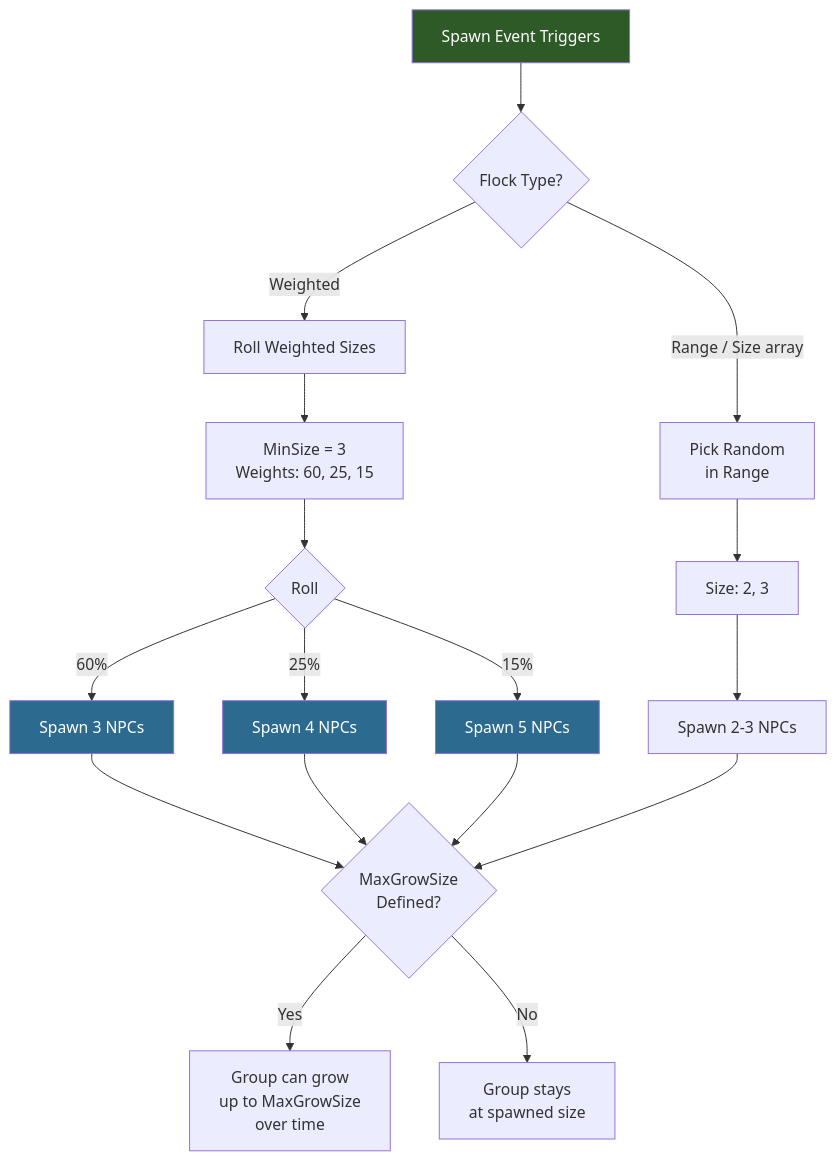
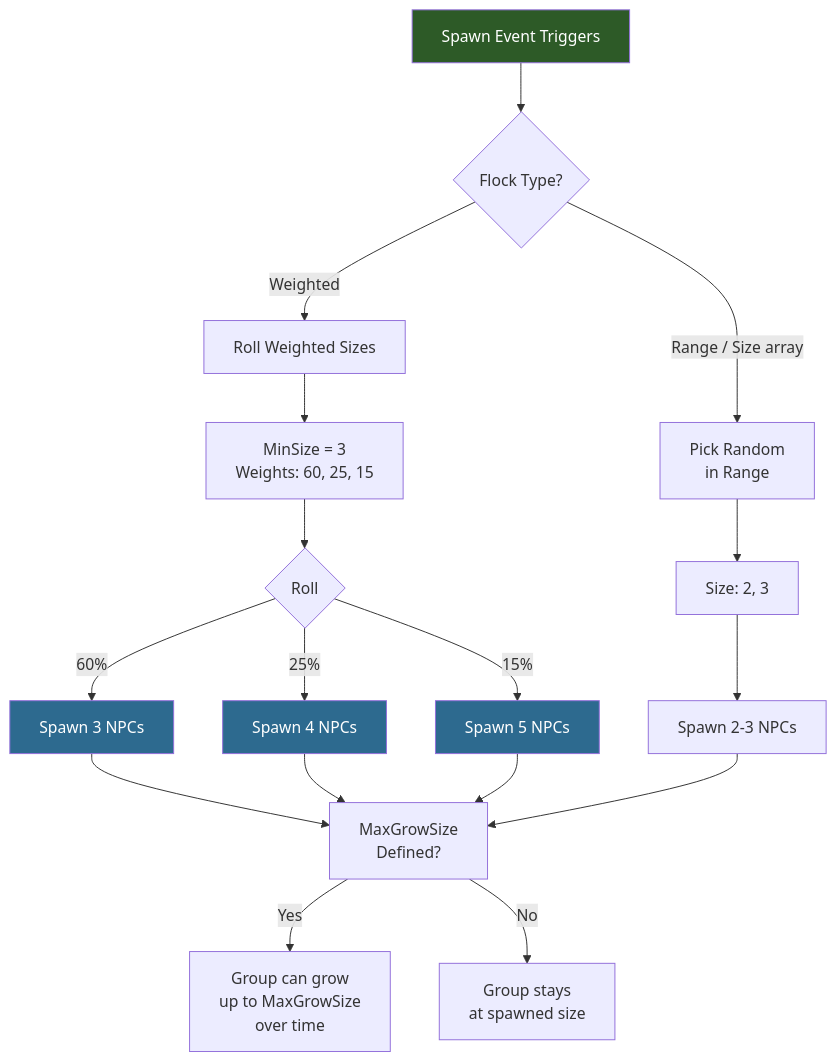
The diagram in src/content/docs/es/reference/npc-system/npc-flocks.md (nevesb/hytale-modding-docs), drawn with Mermaid before and after one commit. The commit also changed 34 other files, not shown here.

First line of the commit message:
docs: enhance mermaid diagrams for clarity and readability

````diff
--- a/src/content/docs/es/reference/npc-system/npc-flocks.md
+++ b/src/content/docs/es/reference/npc-system/npc-flocks.md
@@ -12,29 +12,29 @@
 ```mermaid
 flowchart TD
     A[Spawn Event Triggers] --> B{Flock Type?}
 
-    B -->|Weighted| C[Roll Weighted Sizes]
-    B -->|Range / Size array| D[Pick Random\nin Range]
+    B -->|"Weighted"| C[Roll Weighted Sizes]
+    B -->|"Range / Size array"| D["Pick Random<br/>in Range"]
 
-    C --> E[MinSize = 3\nWeights: 60, 25, 15]
+    C --> E["MinSize = 3<br/>Weights: 60, 25, 15"]
     E --> F{Roll}
-    F -->|60%| G[Spawn 3 NPCs]
-    F -->|25%| H[Spawn 4 NPCs]
-    F -->|15%| I[Spawn 5 NPCs]
+    F -->|"60%"| G[Spawn 3 NPCs]
+    F -->|"25%"| H[Spawn 4 NPCs]
+    F -->|"15%"| I[Spawn 5 NPCs]
 
     D --> J[Size: 2, 3]
     J --> K[Spawn 2-3 NPCs]
 
-    G --> L{MaxGrowSize\nDefined?}
+    G --> L["MaxGrowSize<br/>Defined?"]
     H --> L
     I --> L
     K --> L
 
-    L -->|Yes| M[Group can grow\nup to MaxGrowSize\nover time]
-    L -->|No| N[Group stays\nat spawned size]
+    L -->|"Yes"| M["Group can grow<br/>up to MaxGrowSize<br/>over time"]
+    L -->|"No"| N["Group stays<br/>at spawned size"]
 
     style A fill:#2d5a27,color:#fff
     style G fill:#2d6a8f,color:#fff
     style H fill:#2d6a8f,color:#fff
     style I fill:#2d6a8f,color:#fff
 ```
````
